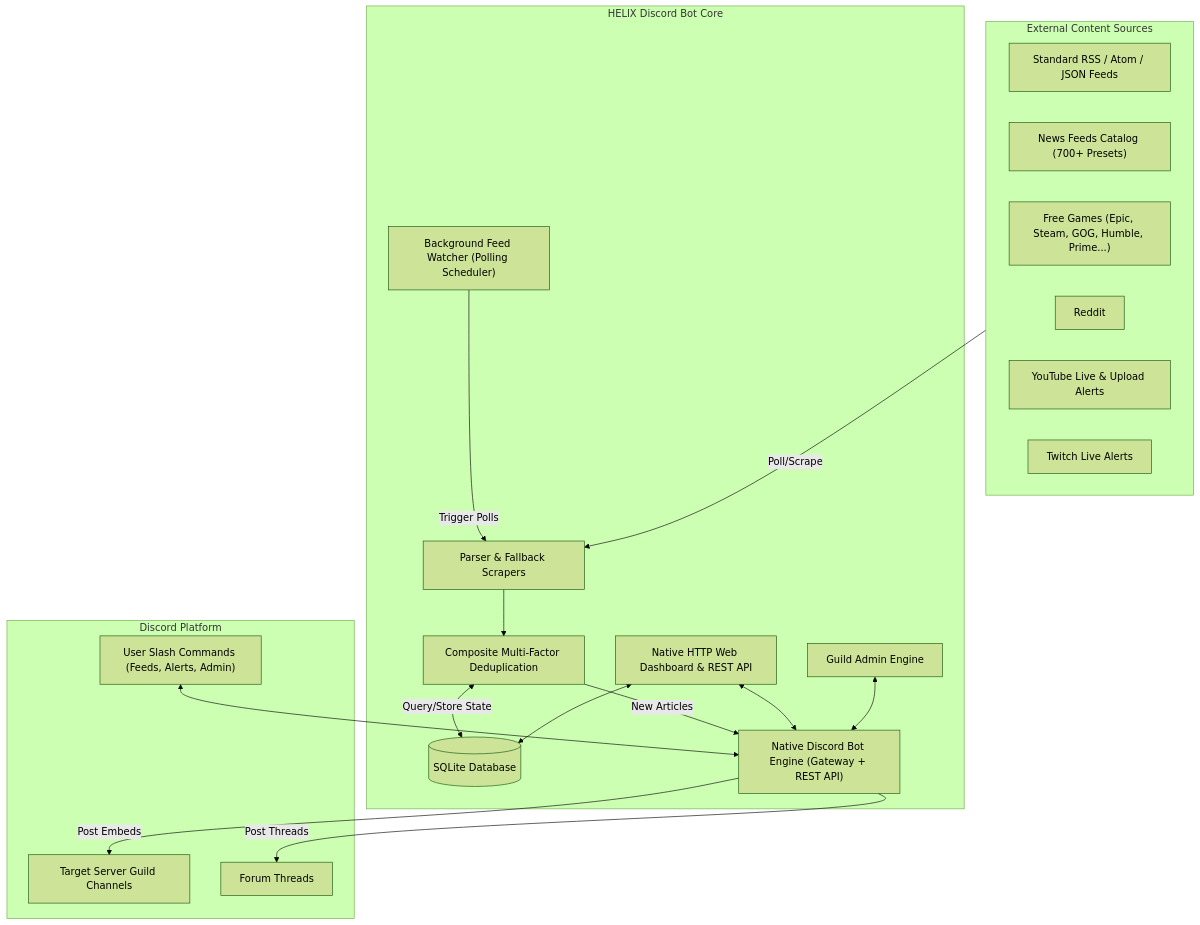
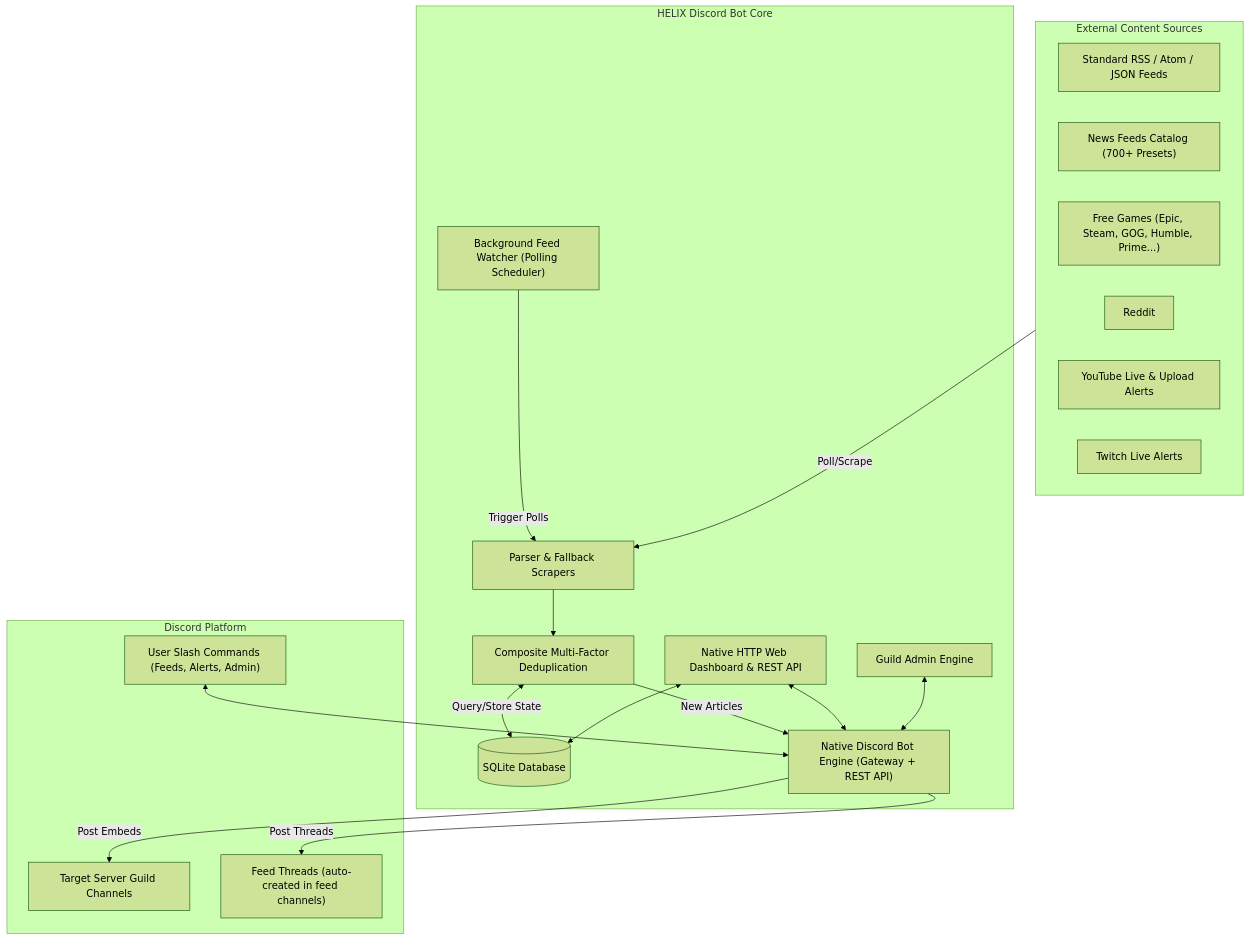
The diagram in wiki/HOME.md (HELIX-Origin/HELIX-Discord-Bot), drawn with Mermaid (forest theme) before and after one commit. The commit also changed other lines of this file and 27 other files, not shown here.

Commit message:
✨ feat(feeds): honor THREADS_ENABLED global gate and sync forum-to-thread docs

````diff
--- a/wiki/HOME.md
+++ b/wiki/HOME.md
@@ -28,39 +28,39 @@
 ```mermaid
 flowchart TD
     subgraph Sources["External Content Sources"]
         RSS["Standard RSS / Atom / JSON Feeds"]
         News["News Feeds Catalog (700+ Presets)"]
         Games["Free Games (Epic, Steam, GOG, Humble, Prime...)"]
         Social["Reddit"]
         YouTube["YouTube Live & Upload Alerts"]
         Twitch["Twitch Live Alerts"]
     end
 
     subgraph CoreEngine["HELIX Discord Bot Core"]
         Watcher["Background Feed Watcher (Polling Scheduler)"]
         Parser["Parser & Fallback Scrapers"]
         Dedup["Composite Multi-Factor Deduplication"]
         DB[(SQLite Database)]
         Bot["Native Discord Bot Engine (Gateway + REST API)"]
         Web["Native HTTP Web Dashboard & REST API"]
         Admin["Guild Admin Engine"]
     end
 
     subgraph Discord["Discord Platform"]
         Channels["Target Server Guild Channels"]
-        Threads["Forum Threads"]
+        Threads["Feed Threads (auto-created in feed channels)"]
         SlashCmd["User Slash Commands (Feeds, Alerts, Admin)"]
     end
 
     Sources -->|Poll/Scrape| Parser
     Watcher -->|Trigger Polls| Parser
     Parser --> Dedup
     Dedup <-->|Query/Store State| DB
     Dedup -->|New Articles| Bot
     Bot -->|Post Embeds| Channels
     Bot -->|Post Threads| Threads
     SlashCmd <--> Bot
     Web <--> DB
     Web <--> Bot
     Admin <--> Bot
 ```
````
